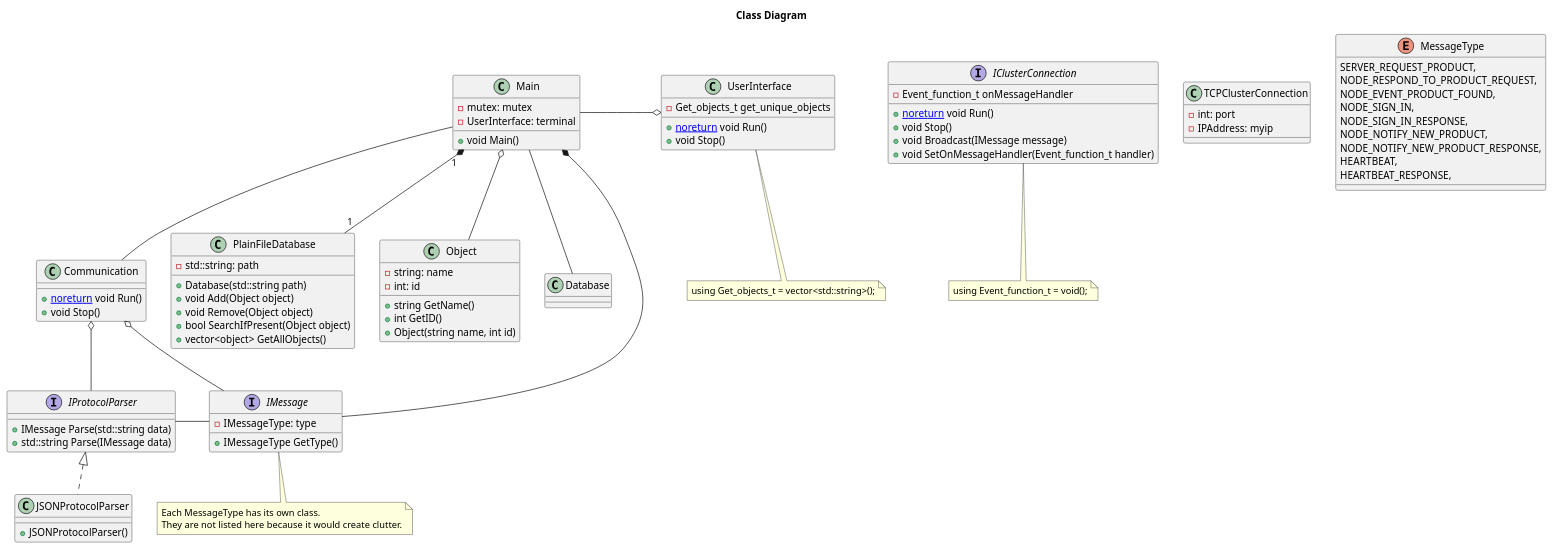
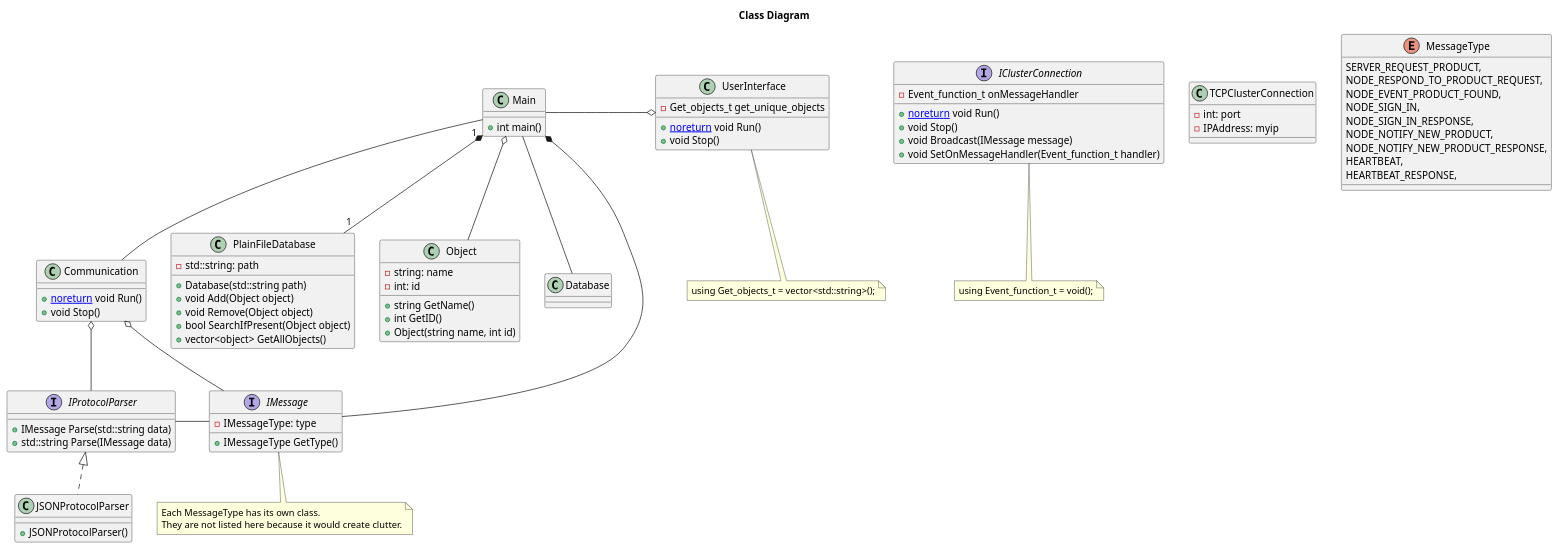
One commit to T3-FindIt/FindIt changed the diagram in Designs/Server Design/Design.wsd. Above: the diagram before and after it, drawn with PlantUML.

Commit message:
Finalized main

```diff
--- a/Designs/Server Design/Design.wsd
+++ b/Designs/Server Design/Design.wsd
@@ -1,129 +1,127 @@
 @startuml ClassDiagram
 Title Class Diagram
 
 Class Communication
 {
     {method} + [[noreturn]] void Run()
     {method} + void Stop()
 }
 
 ' using Event_function_t = void();
 interface IClusterConnection
 {
     {field} - Event_function_t onMessageHandler
     {method} + [[noreturn]] void Run()
     {method} + void Stop()
     {method} + void Broadcast(IMessage message)
     ' {method} + void Send(IMessage message, IPAdress myip)
     {method} + void SetOnMessageHandler(Event_function_t handler)
 }
 
 note bottom of IClusterConnection
 using Event_function_t = void();
 end note
 
 class TCPClusterConnection
 {
     {field} - int: port
     {field} - IPAddress: myip
 }
 
 Class PlainFileDatabase
 {
     {field} - std::string: path
     {method} + Database(std::string path)
     {method} + void Add(Object object)
     {method} + void Remove(Object object)
     {method} + bool SearchIfPresent(Object object)
     {method} + vector<object> GetAllObjects()
 }
 
 Class Object
 {
     {field} - string: name
     {field} - int: id
     {method} + string GetName()
     {method} + int GetID()
     {method} + Object(string name, int id)
 }
 
 enum MessageType
 {
     SERVER_REQUEST_PRODUCT,
     NODE_RESPOND_TO_PRODUCT_REQUEST,
     NODE_EVENT_PRODUCT_FOUND,
     NODE_SIGN_IN,
     NODE_SIGN_IN_RESPONSE,
     NODE_NOTIFY_NEW_PRODUCT,
     NODE_NOTIFY_NEW_PRODUCT_RESPONSE,
     HEARTBEAT,
     HEARTBEAT_RESPONSE,
 }
 
 interface IMessage
 {
     {field} - IMessageType: type
     {method} + IMessageType GetType()
 }
 
 note bottom of IMessage
 Each MessageType has its own class.
 They are not listed here because it would create clutter.
 end note
 
 interface IProtocolParser
 {
     {method} + IMessage Parse(std::string data)
     {method} + std::string Parse(IMessage data)
 }
 
 Class JSONProtocolParser
 {
     {method} + JSONProtocolParser()
 }
 
 Class UserInterface
 {
     {field} - Get_objects_t get_unique_objects
     {method} + [[noreturn]] void Run()
     {method} + void Stop()
 }
 
 note bottom of UserInterface
 using Get_objects_t = vector<std::string>();
 end note
 
 Class Main
 {
-    {field} - mutex: mutex
-    {field} - UserInterface: terminal
-    {method} + void Main()
+    {method} + int main()
 }
 
 Main "1" *-- "1" PlainFileDatabase
 
 ' EMPTY CLASSES
 ' END OF EMPYY CLASSES
 
 Main -o UserInterface
 Main o-- Object
 Main -- Database
 Main -- Communication
 Main *-- IMessage
 Communication o-- IMessage
 IProtocolParser <|.. JSONProtocolParser
 IProtocolParser - IMessage
 Communication o-- IProtocolParser
 
 ' Controller "1" o-- "1" WiFiHandler
 ' Controller "1" o-- "1" IMasterSlave
 ' Controller "1" o-- "1" JsonBuilder
 ' Controller "1" o-down- "1" IDipSwitch
 ' Controller "1" o-- "1" WebSocketHandler
 
 ' WiFiHandler "1" o-- "1" WiFiData
 ' WebSocketHandler "1" o-- "1" WebsocketData
 
 ' See if we should separate WebSocket & WiFi
 ' object opslaan als JSON objecten?
 @enduml
```
